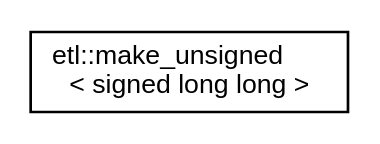
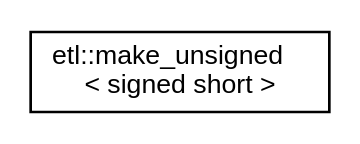
One commit to tobanteAudio/taetl changed the diagram in inherit_graph_46.dot. Above: the diagram before and after it, drawn with Graphviz. The commit also changed 284 other files, not shown here.

```diff
--- a/inherit_graph_46.dot
+++ b/inherit_graph_46.dot
@@ -1,7 +1,7 @@
 digraph "Graphical Class Hierarchy"
 {
   edge [fontname="Helvetica",fontsize="10",labelfontname="Helvetica",labelfontsize="10"];
   node [fontname="Helvetica",fontsize="10",shape=record];
   rankdir="LR";
-  Node0 [label="etl::make_unsigned\l\< signed long long \>",height=0.2,width=0.4,color="black", fillcolor="white", style="filled",URL="$structetl_1_1make__unsigned_3_01signed_01long_01long_01_4.html"];
+  Node0 [label="etl::make_unsigned\l\< signed short \>",height=0.2,width=0.4,color="black", fillcolor="white", style="filled",URL="$structetl_1_1make__unsigned_3_01signed_01short_01_4.html"];
 }
```
